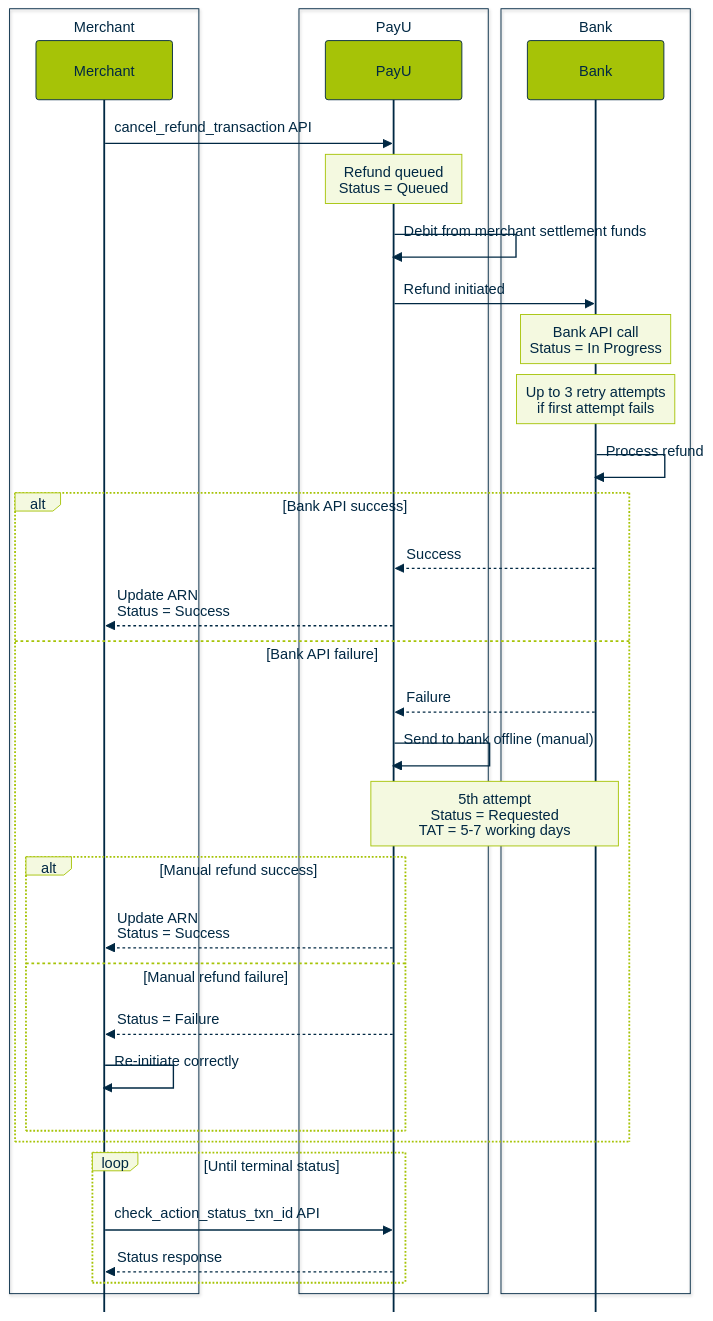
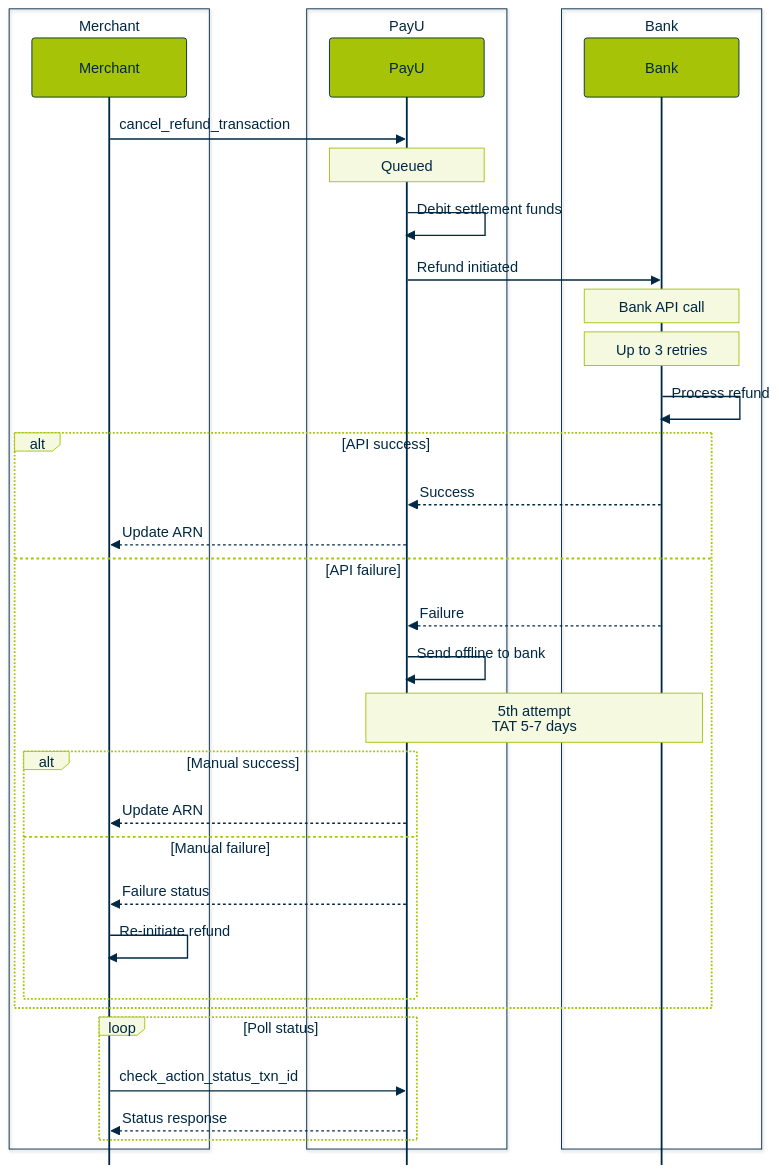
The diagram in docs/Offerings/introduction-refunds/index.md (payu-india/CMS-Chatbot), drawn with Mermaid before and after one commit.

Commit message:
Update doc `introduction-refunds`

```diff
--- a/docs/Offerings/introduction-refunds/index.md
+++ b/docs/Offerings/introduction-refunds/index.md
@@ -30,26 +30,24 @@
     "mirrorActors": false,
     "rightAngles": true,
     "messageAlign": "left",
-    "fontSize": 14,
-    "actorFontSize": 14,
-    "noteFontSize": 13,
-    "diagramMarginX": 55,
-    "diagramMarginY": 20,
-    "boxMargin": 12,
-    "messageMargin": 42
+    "fontSize": 12,
+    "actorFontSize": 12,
+    "noteFontSize": 11,
+    "actorMargin": 90,
+    "width": 170,
+    "boxMargin": 10,
+    "messageMargin": 38,
+    "diagramMarginX": 60,
+    "diagramMarginY": 18
   },
   "themeVariables": {
     "fontFamily": "Arial, Helvetica, sans-serif",
-    "fontSize": "14px",
+    "fontSize": "12px",
     "background": "#FFFFFF",
     "primaryColor": "#A6C307",
     "primaryTextColor": "#002843",
     "primaryBorderColor": "#002843",
     "secondaryColor": "#F4F9E0",
-    "secondaryTextColor": "#002843",
-    "secondaryBorderColor": "#A6C307",
-    "tertiaryColor": "#002843",
-    "tertiaryTextColor": "#FFFFFF",
     "lineColor": "#002843",
     "textColor": "#002843",
     "actorBkg": "#A6C307",
@@ -60,7 +58,6 @@
     "signalTextColor": "#002843",
     "labelBoxBkgColor": "#F4F9E0",
     "labelBoxBorderColor": "#A6C307",
-    "labelTextColor": "#002843",
     "noteBkgColor": "#F4F9E0",
     "noteTextColor": "#002843",
     "noteBorderColor": "#A6C307",
@@ -79,34 +76,34 @@
         participant Bank
     end
 
-    Merchant->>PayU: cancel_refund_transaction API
-    Note over PayU: Refund queued<br/>Status = Queued
+    Merchant->>PayU: cancel_refund_transaction
+    Note over PayU: Queued
 
-    PayU->>PayU: Debit from merchant settlement funds
+    PayU->>PayU: Debit settlement funds
     PayU->>Bank: Refund initiated
 
-    Note over Bank: Bank API call<br/>Status = In Progress
-    Note over Bank: Up to 3 retry attempts<br/>if first attempt fails
+    Note over Bank: Bank API call
+    Note over Bank: Up to 3 retries
 
     Bank->>Bank: Process refund
 
-    alt Bank API success
+    alt API success
         Bank-->>PayU: Success
-        PayU-->>Merchant: Update ARN<br/>Status = Success
-    else Bank API failure
+        PayU-->>Merchant: Update ARN
+    else API failure
         Bank-->>PayU: Failure
-        PayU->>PayU: Send to bank offline (manual)
-        Note over PayU,Bank: 5th attempt<br/>Status = Requested<br/>TAT = 5-7 working days
-        alt Manual refund success
-            PayU-->>Merchant: Update ARN<br/>Status = Success
-        else Manual refund failure
-            PayU-->>Merchant: Status = Failure
-            Merchant->>Merchant: Re-initiate correctly
+        PayU->>PayU: Send offline to bank
+        Note over PayU,Bank: 5th attempt<br/>TAT 5-7 days
+        alt Manual success
+            PayU-->>Merchant: Update ARN
+        else Manual failure
+            PayU-->>Merchant: Failure status
+            Merchant->>Merchant: Re-initiate refund
         end
     end
 
-    loop Until terminal status
-        Merchant->>PayU: check_action_status_txn_id API
+    loop Poll status
+        Merchant->>PayU: check_action_status_txn_id
         PayU-->>Merchant: Status response
     end
 
```
